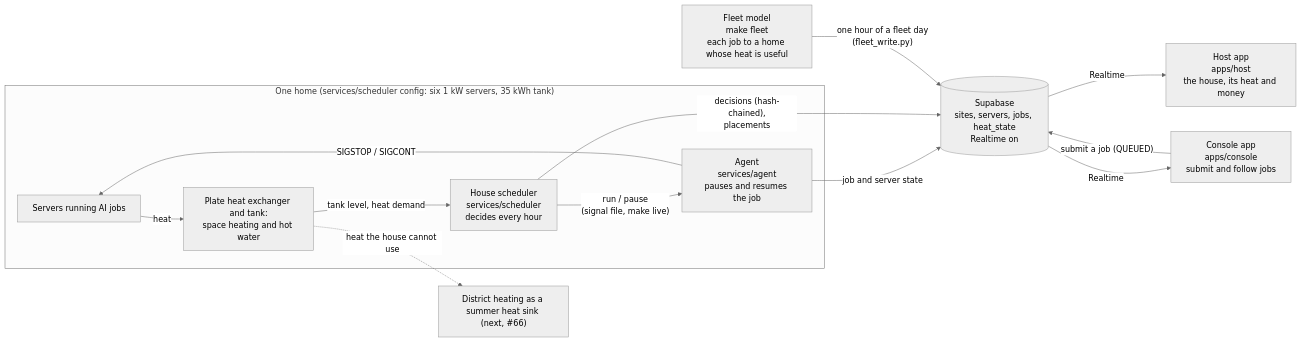
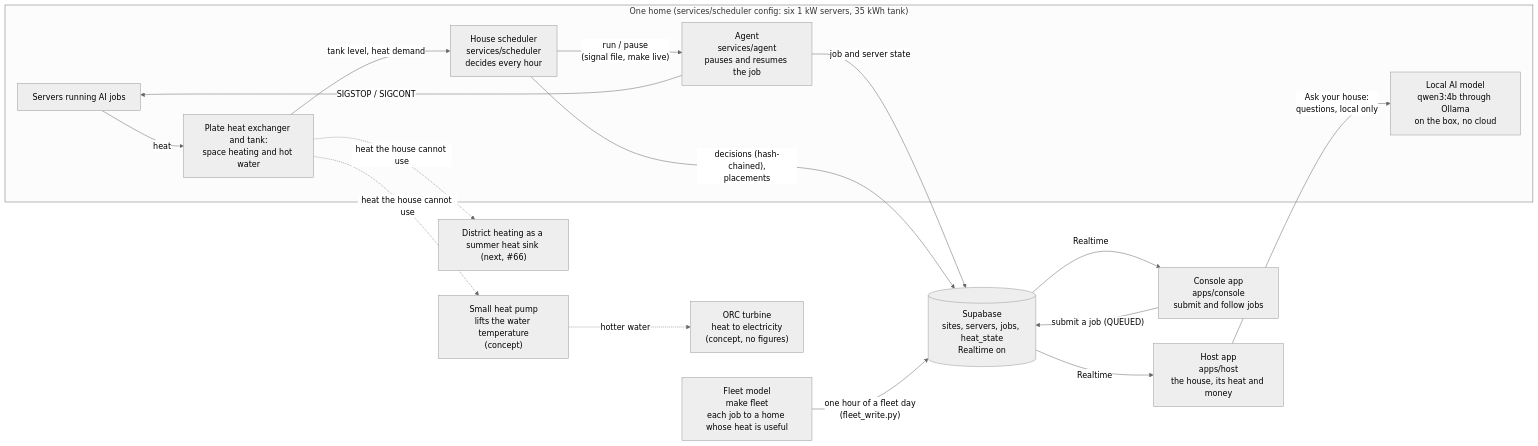
The diagram in docs/architecture.md (CPD9/kachel), drawn with Mermaid (neutral theme) before and after one commit. The commit also changed other lines of this file and 18 other files, not shown here.

````diff
--- a/docs/architecture.md
+++ b/docs/architecture.md
@@ -6,27 +13,33 @@
 ```mermaid
 flowchart LR
   subgraph home["One home (services/scheduler config: six 1 kW servers, 35 kWh tank)"]
     servers["Servers running AI jobs"]
     tank["Plate heat exchanger and tank:<br/>space heating and hot water"]
     sched["House scheduler<br/>services/scheduler<br/>decides every hour"]
     agent["Agent<br/>services/agent<br/>pauses and resumes the job"]
+    llm["Local AI model<br/>qwen3:4b through Ollama<br/>on the box, no cloud"]
     servers -- "heat" --> tank
     tank -- "tank level, heat demand" --> sched
     sched -- "run / pause<br/>(signal file, make live)" --> agent
     agent -- "SIGSTOP / SIGCONT" --> servers
   end
 
   supa[("Supabase<br/>sites, servers, jobs, heat_state<br/>Realtime on")]
   host["Host app<br/>apps/host<br/>the house, its heat and money"]
   console["Console app<br/>apps/console<br/>submit and follow jobs"]
   fleet["Fleet model<br/>make fleet<br/>each job to a home whose heat is useful"]
   outlook["District heating as a summer heat sink (next, #66)"]
+  booster["Small heat pump<br/>lifts the water temperature<br/>(concept)"]
+  orc["ORC turbine<br/>heat to electricity<br/>(concept, no figures)"]
 
   agent -- "job and server state" --> supa
   sched -- "decisions (hash-chained),<br/>placements" --> supa
   fleet -- "one hour of a fleet day<br/>(fleet_write.py)" --> supa
   console -- "submit a job (QUEUED)" --> supa
   supa -- "Realtime" --> host
   supa -- "Realtime" --> console
+  host -- "Ask your house:<br/>questions, local only" --> llm
   tank -. "heat the house cannot use" .-> outlook
+  tank -. "heat the house cannot use" .-> booster
+  booster -. "hotter water" .-> orc
 ```
````
